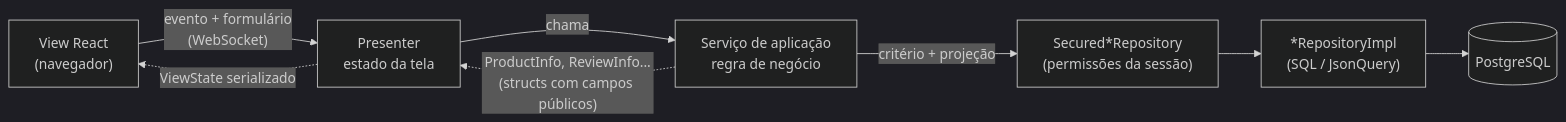
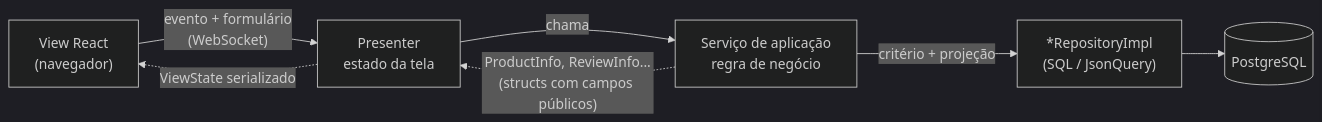
The diagram in docs/dev/application-service.md (mrcdom/wdc-cube-php), drawn with Mermaid (dark theme) before and after one commit. The commit also changed other lines of this file and 18 other files, not shown here.

````diff
--- a/docs/dev/application-service.md
+++ b/docs/dev/application-service.md
@@ -72,10 +72,9 @@
 ```mermaid
 flowchart LR
     V["View React<br/>(navegador)"] -- "evento + formulário<br/>(WebSocket)" --> P["Presenter<br/>estado da tela"]
     P -- "chama" --> S["Serviço de aplicação<br/>regra de negócio"]
-    S -- "critério + projeção" --> R["Secured*Repository<br/>(permissões da sessão)"]
-    R --> RI["*RepositoryImpl<br/>(SQL / JsonQuery)"]
+    S -- "critério + projeção" --> RI["*RepositoryImpl<br/>(SQL / JsonQuery)"]
     RI --> DB[("PostgreSQL")]
     S -. "ProductInfo, ReviewInfo...<br/>(structs com campos públicos)" .-> P
     P -. "ViewState serializado" .-> V
 ```
````
